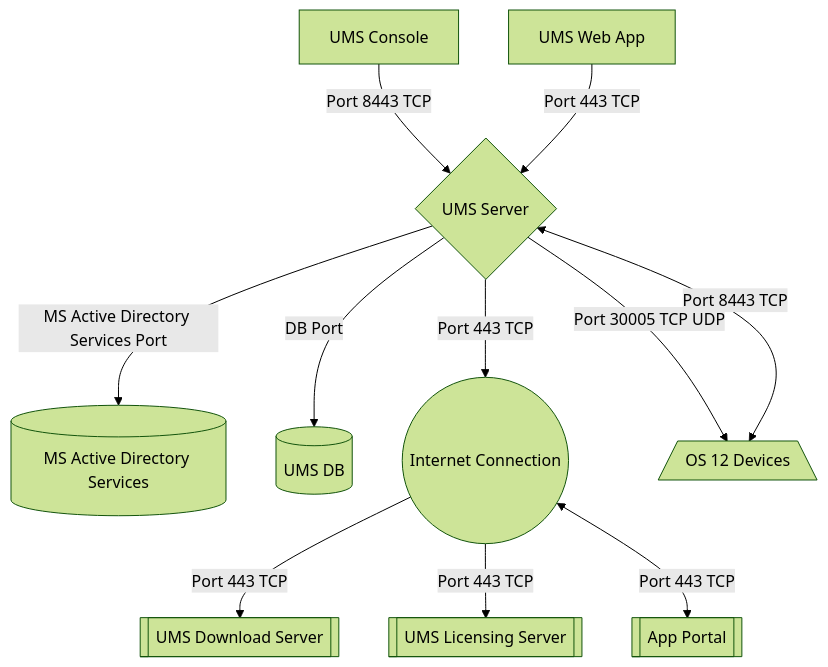
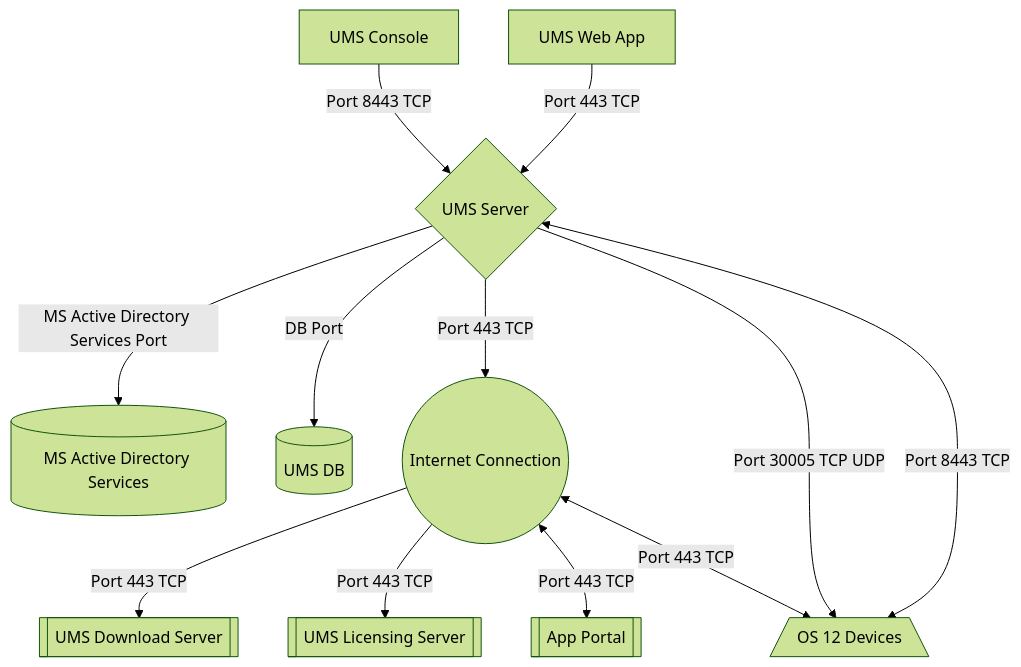
The third of 4 diagrams in docs/Docs/HOWTO-Basic-Setup-Guide.md (IGEL-Community/IGEL-Docs-v02), drawn with Mermaid (forest theme) before and after one commit. The commit also changed other lines of this file, not shown here.

Commit message:
updated diagrams port 443 to/from internet on OS 12 devices

````diff
--- a/docs/Docs/HOWTO-Basic-Setup-Guide.md
+++ b/docs/Docs/HOWTO-Basic-Setup-Guide.md
@@ -184,13 +186,14 @@
 ```mermaid
 flowchart TD
   A[UMS Console]-- Port 8443 TCP --> C{UMS Server}
   C{UMS Server}-- MS Active Directory Services Port --> D[(MS Active Directory Services)]
   C{UMS Server}-- DB Port--> E[(UMS DB)]
   C{UMS Server}-- Port 443 TCP --> H((Internet Connection))
   C{UMS Server}-- Port 30005 TCP UDP --> K[/OS 12 Devices\]
   H((Internet Connection))-- Port 443 TCP --> I[[UMS Download Server]]
   H((Internet Connection))-- Port 443 TCP --> J[[UMS Licensing Server]]
   K[/OS 12 Devices\]<-- Port 8443 TCP --> C{UMS Server}
   L[UMS Web App]-- Port 443 TCP --> C{UMS Server}
   H((Internet Connection))<-- Port 443 TCP --> P[[App Portal]]
+  H((Internet Connection))<-- Port 443 TCP --> K[/OS 12 Devices\]
 ```
````
